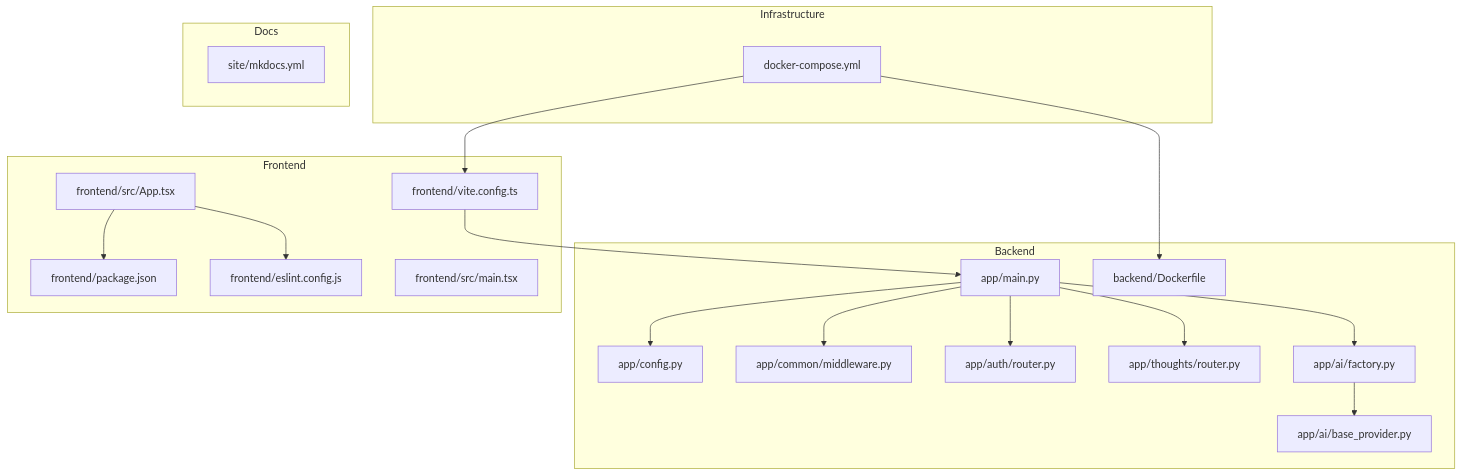
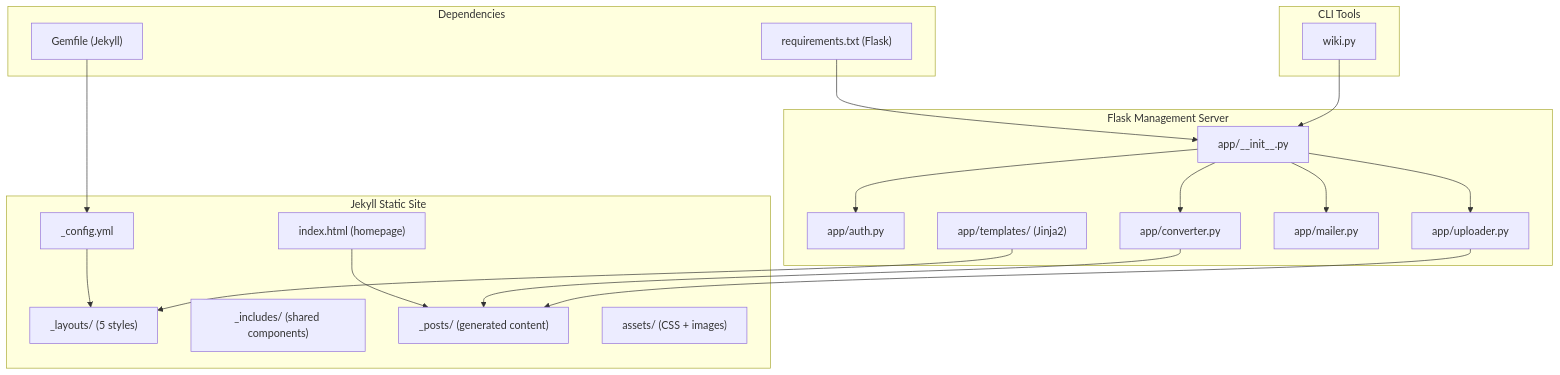
The first of 8 diagrams in .qoder/repowiki/en/content/Development Guidelines.md (PolarisW007/PolaZhenJing), drawn with Mermaid before and after one commit. The commit also changed other lines of this file and 12 other files, not shown here.

````diff
--- a/.qoder/repowiki/en/content/Development Guidelines.md
+++ b/.qoder/repowiki/en/content/Development Guidelines.md
@@ -51,37 +63,38 @@
 ```mermaid
 graph TB
-subgraph "Backend"
-A_main["app/main.py"]
-A_cfg["app/config.py"]
-A_mw["app/common/middleware.py"]
-A_auth["app/auth/router.py"]
-A_thoughts["app/thoughts/router.py"]
-A_ai_base["app/ai/base_provider.py"]
-A_ai_factory["app/ai/factory.py"]
-A_docker["backend/Dockerfile"]
+subgraph "Jekyll Static Site"
+J_config["_config.yml"]
+J_layouts["_layouts/ (5 styles)"]
+J_includes["_includes/ (shared components)"]
+J_posts["_posts/ (generated content)"]
+J_assets["assets/ (CSS + images)"]
+J_index["index.html (homepage)"]
 end
-subgraph "Frontend"
-F_vite["frontend/vite.config.ts"]
-F_pkg["frontend/package.json"]
-F_eslint["frontend/eslint.config.js"]
-F_app["frontend/src/App.tsx"]
-F_main["frontend/src/main.tsx"]
+subgraph "Flask Management Server"
+F_app["app/__init__.py"]
+F_auth["app/auth.py"]
+F_conv["app/converter.py"]
+F_uploader["app/uploader.py"]
+F_mailer["app/mailer.py"]
+F_templates["app/templates/ (Jinja2)"]
 end
-subgraph "Infrastructure"
-Dc["docker-compose.yml"]
+subgraph "CLI Tools"
+CLI_wiki["wiki.py"]
 end
-subgraph "Docs"
-Docs_mk["site/mkdocs.yml"]
+subgraph "Dependencies"
+Ruby_gem["Gemfile (Jekyll)"]
+Py_req["requirements.txt (Flask)"]
 end
-Dc --> A_docker
-Dc --> F_vite
-F_vite --> A_main
-A_main --> A_cfg
-A_main --> A_mw
-A_main --> A_auth
-A_main --> A_thoughts
-A_main --> A_ai_factory
-A_ai_factory --> A_ai_base
-F_app --> F_pkg
-F_app --> F_eslint
+CLI_wiki --> F_app
+F_app --> F_auth
+F_app --> F_conv
+F_app --> F_uploader
+F_app --> F_mailer
+F_uploader --> J_posts
+F_conv --> J_posts
+F_templates --> J_layouts
+J_config --> J_layouts
+J_index --> J_posts
+Ruby_gem --> J_config
+Py_req --> F_app
 ```
````
